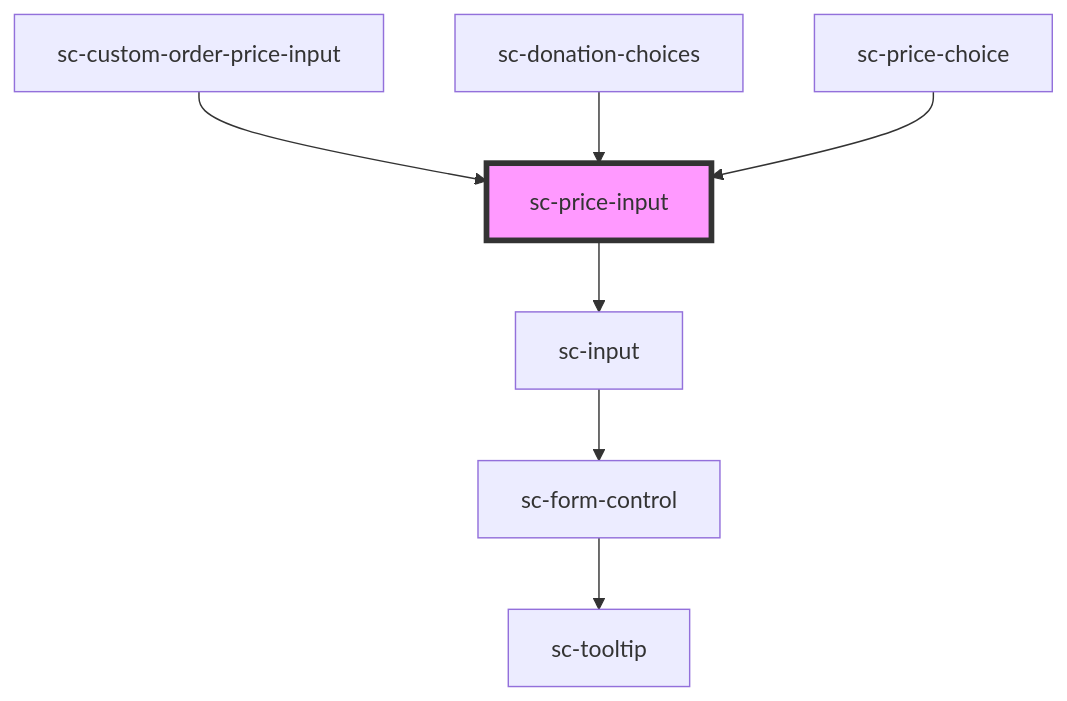
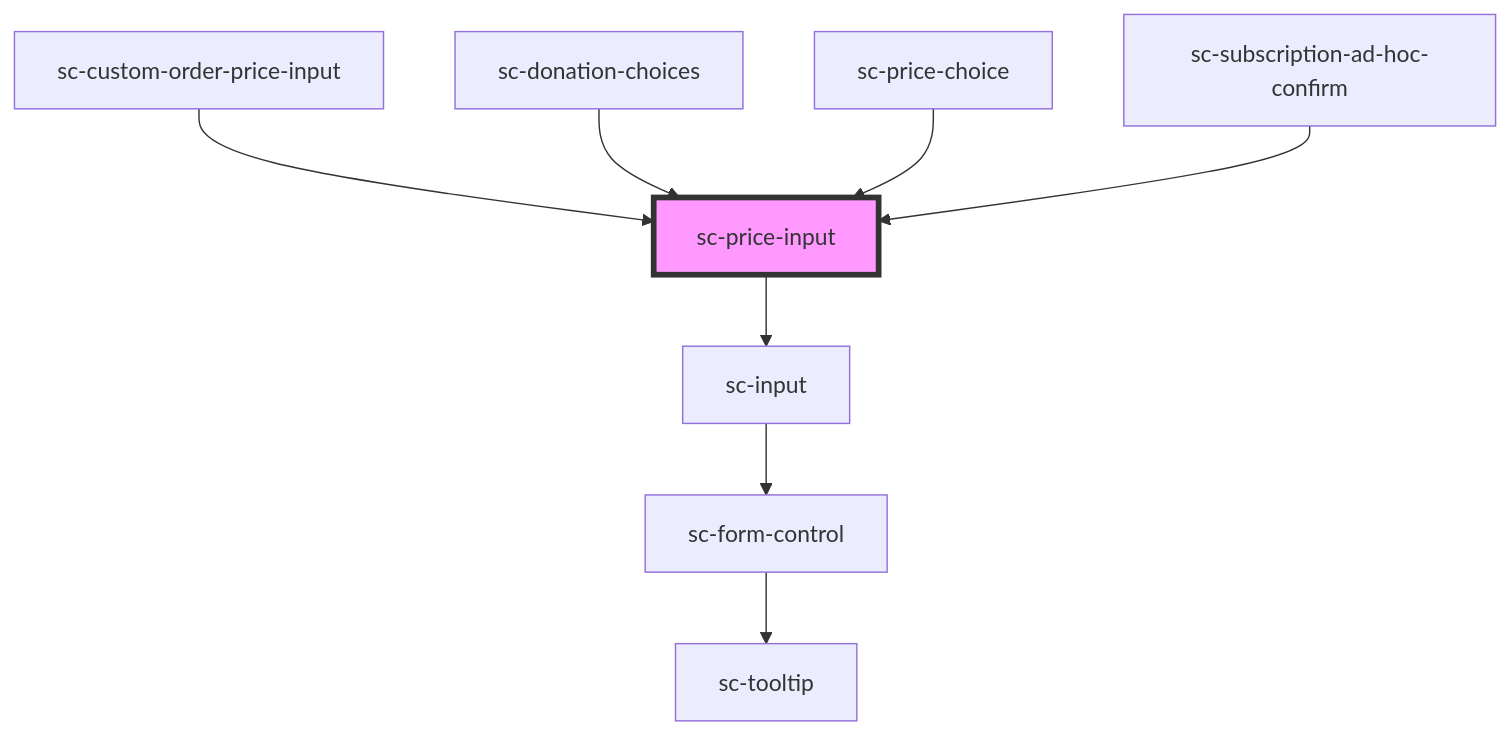
Before and after one commit to surecart/surecart-wp-plugin: the diagram in packages/components/src/components/ui/price-input/readme.md, drawn with Mermaid. The commit also changed other lines of this file and 20 other files, not shown here.

````diff
--- a/packages/components/src/components/ui/price-input/readme.md
+++ b/packages/components/src/components/ui/price-input/readme.md
@@ -109,10 +110,11 @@
 ```mermaid
 graph TD;
   sc-price-input --> sc-input
   sc-input --> sc-form-control
   sc-form-control --> sc-tooltip
   sc-custom-order-price-input --> sc-price-input
   sc-donation-choices --> sc-price-input
   sc-price-choice --> sc-price-input
+  sc-subscription-ad-hoc-confirm --> sc-price-input
   style sc-price-input fill:#f9f,stroke:#333,stroke-width:4px
 ```
````
